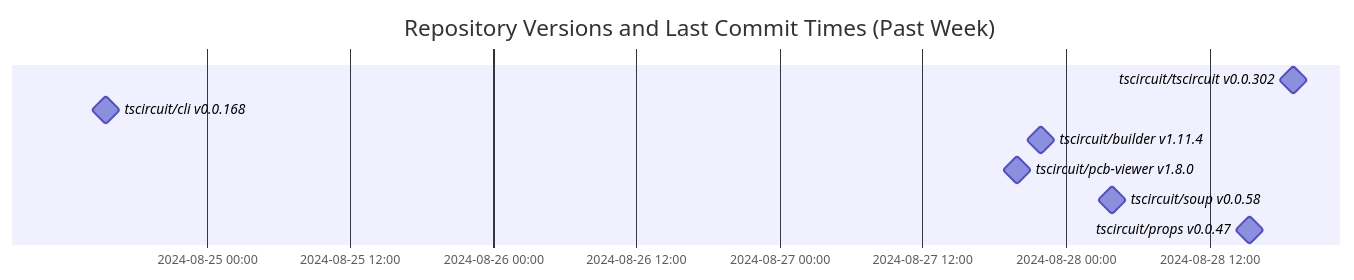
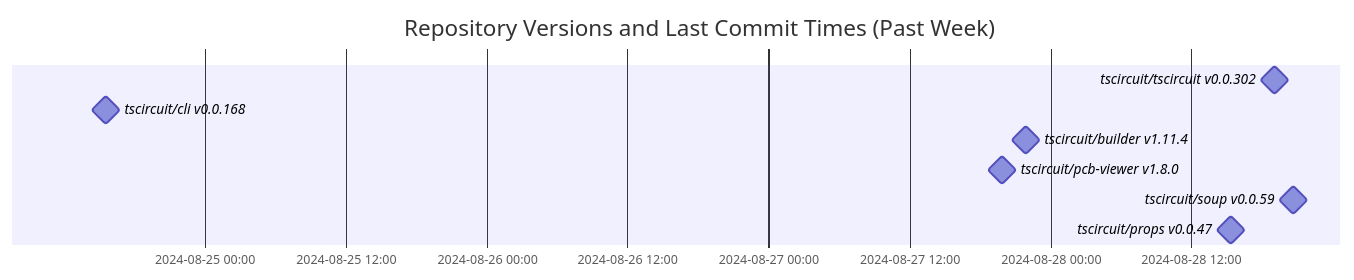
One commit to tscircuit/version-tracker changed the diagram in README.md. Above: the diagram before and after it, drawn with Mermaid.

Commit message:
Update chart

````diff
--- a/README.md
+++ b/README.md
@@ -1,13 +1,13 @@
 ```mermaid
 gantt
   dateFormat  YYYY-MM-DD HH:mm:ss
   title Repository Versions and Last Commit Times (Past Week)
   axisFormat %Y-%m-%d %H:%M
 
   tscircuit/tscircuit v0.0.302 : milestone, 2024-08-28 19:03:51, 1s
   tscircuit/cli v0.0.168 : milestone, 2024-08-24 15:32:19, 1s
   tscircuit/builder v1.11.4 : milestone, 2024-08-27 21:56:45, 1s
   tscircuit/pcb-viewer v1.8.0 : milestone, 2024-08-27 19:53:15, 1s
-  tscircuit/soup v0.0.58 : milestone, 2024-08-28 03:54:04, 1s
+  tscircuit/soup v0.0.59 : milestone, 2024-08-28 20:42:30, 1s
   tscircuit/props v0.0.47 : milestone, 2024-08-28 15:22:20, 1s
 ```
````
